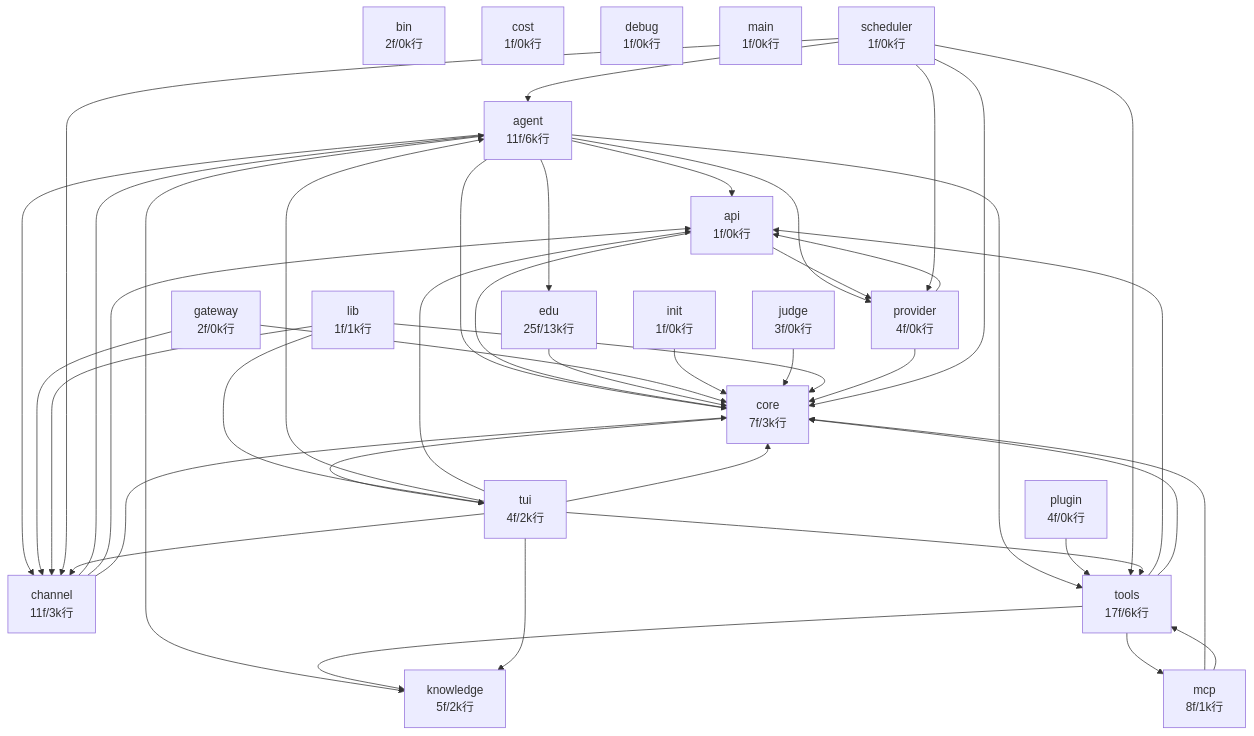
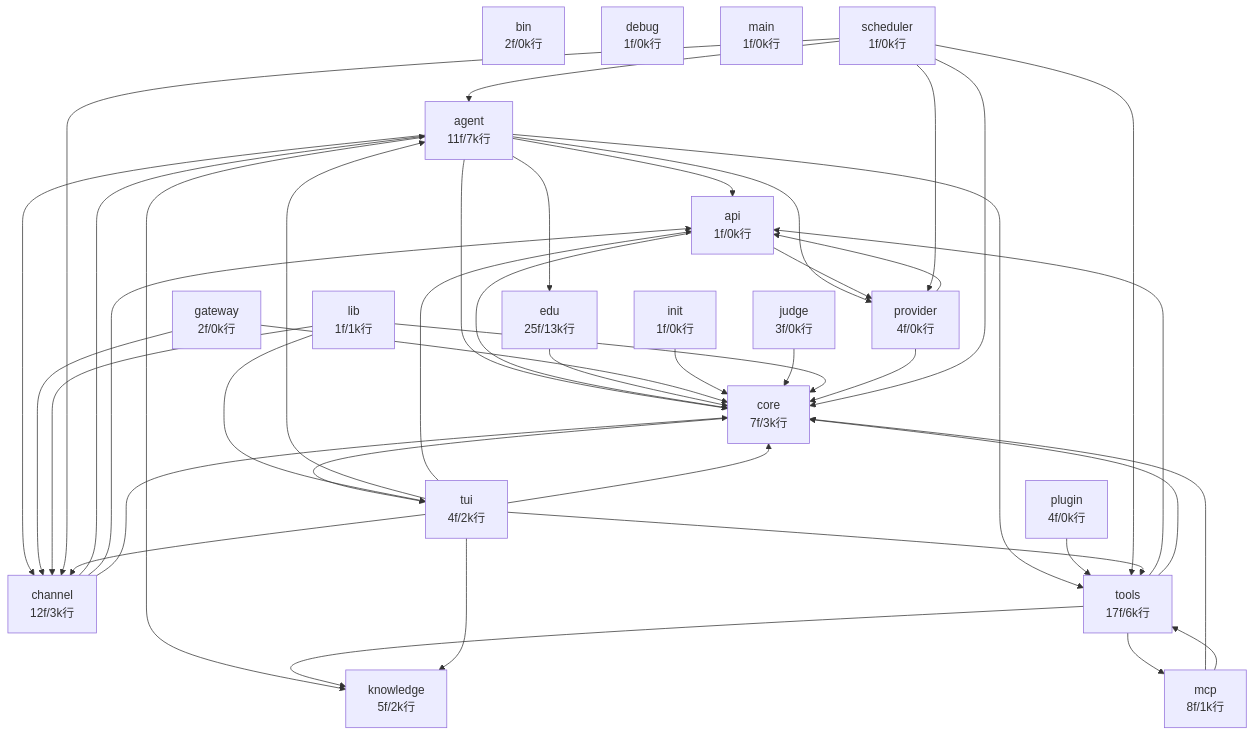
Before and after one commit to vbgood-cloud/RHermes: the diagram in docs/codegraph.md, drawn with Mermaid. The commit also changed other lines of this file and 19 other files, not shown here.

````diff
--- a/docs/codegraph.md
+++ b/docs/codegraph.md
@@ -17,65 +23,64 @@
 ```mermaid
 graph TD
-    agent["agent<br/>11f/6k行"]
+    agent["agent<br/>11f/7k行"]
     api["api<br/>1f/0k行"]
     bin["bin<br/>2f/0k行"]
-    channel["channel<br/>11f/3k行"]
+    channel["channel<br/>12f/3k行"]
     core["core<br/>7f/3k行"]
-    cost["cost<br/>1f/0k行"]
     debug["debug<br/>1f/0k行"]
     edu["edu<br/>25f/13k行"]
     gateway["gateway<br/>2f/0k行"]
     init["init<br/>1f/0k行"]
     judge["judge<br/>3f/0k行"]
     knowledge["knowledge<br/>5f/2k行"]
     lib["lib<br/>1f/1k行"]
     main["main<br/>1f/0k行"]
     mcp["mcp<br/>8f/1k行"]
     plugin["plugin<br/>4f/0k行"]
     provider["provider<br/>4f/0k行"]
     scheduler["scheduler<br/>1f/0k行"]
     tools["tools<br/>17f/6k行"]
     tui["tui<br/>4f/2k行"]
 
     agent --> api
     agent --> channel
     agent --> core
     agent --> edu
     agent --> knowledge
     agent --> provider
     agent --> tools
     api --> core
     api --> provider
     channel --> agent
     channel --> api
     channel --> core
     core --> tui
     edu --> core
     gateway --> channel
     gateway --> core
     init --> core
     judge --> core
     lib --> channel
     lib --> core
     lib --> tui
     mcp --> core
     mcp --> tools
     plugin --> tools
     provider --> api
     provider --> core
     scheduler --> agent
     scheduler --> channel
     scheduler --> core
     scheduler --> provider
     scheduler --> tools
     tools --> api
     tools --> core
     tools --> knowledge
     tools --> mcp
     tui --> agent
     tui --> api
     tui --> channel
     tui --> core
     tui --> knowledge
     tui --> tools
 ```
````
